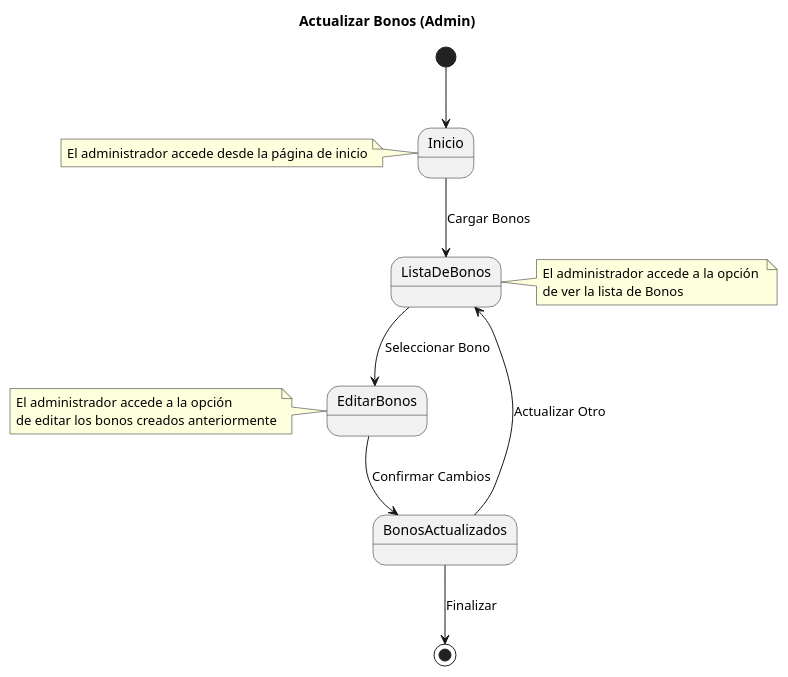
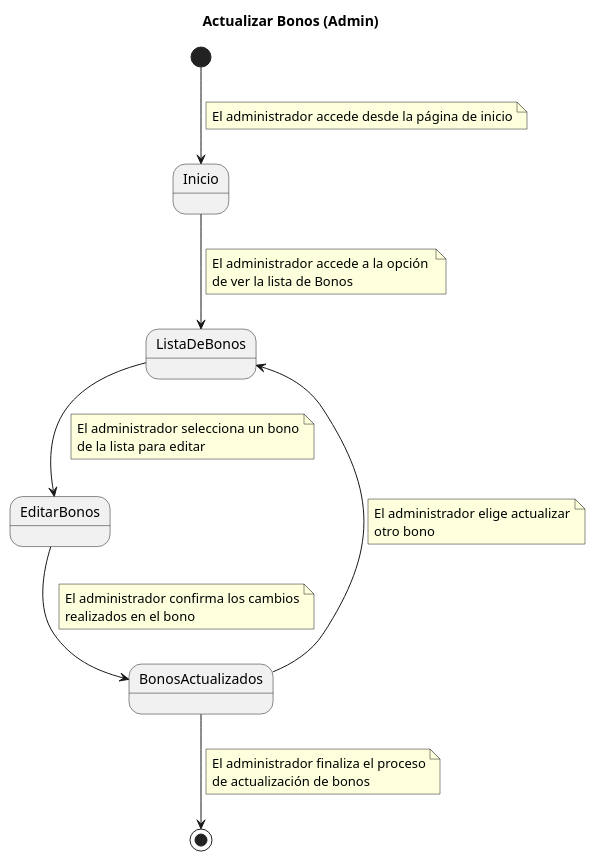
One commit to pablarce/23-24-IdSw1-SDR changed the diagram in CasosDeUso/CduDetallados/CduBonos/ActualizarBonos.puml. Above: the diagram before and after it, drawn with PlantUML. The commit also changed 11 other files, not shown here.

```diff
--- a/CasosDeUso/CduDetallados/CduBonos/ActualizarBonos.puml
+++ b/CasosDeUso/CduDetallados/CduBonos/ActualizarBonos.puml
@@ -1,29 +1,39 @@
 @startuml
 title Actualizar Bonos (Admin)
 
+[*] --> Inicio
+note right on link
+ El administrador accede desde la página de inicio
+end note
 
-
-[*] --> Inicio
-note left of Inicio
- El administrador accede desde la página de inicio
-endnote
-
-Inicio --> ListaDeBonos : Cargar Bonos
-
-ListaDeBonos --> EditarBonos : Seleccionar Bono
-note right of ListaDeBonos 
+Inicio --> ListaDeBonos 
+note right on link
  El administrador accede a la opción 
  de ver la lista de Bonos
-endnote
+end note
 
-EditarBonos --> BonosActualizados : Confirmar Cambios
-note left of EditarBonos 
- El administrador accede a la opción 
- de editar los bonos creados anteriormente
-endnote
+ListaDeBonos --> EditarBonos
+note right on link
+ El administrador selecciona un bono
+ de la lista para editar
+end note
 
+EditarBonos --> BonosActualizados
+note right on link
+ El administrador confirma los cambios
+ realizados en el bono
+end note
 
-BonosActualizados --> ListaDeBonos : Actualizar Otro
-BonosActualizados --> [*] : Finalizar
+BonosActualizados --> ListaDeBonos
+note right on link
+ El administrador elige actualizar
+ otro bono
+end note
+
+BonosActualizados --> [*]
+note right on link
+ El administrador finaliza el proceso
+ de actualización de bonos
+end note
 
 @enduml
```
